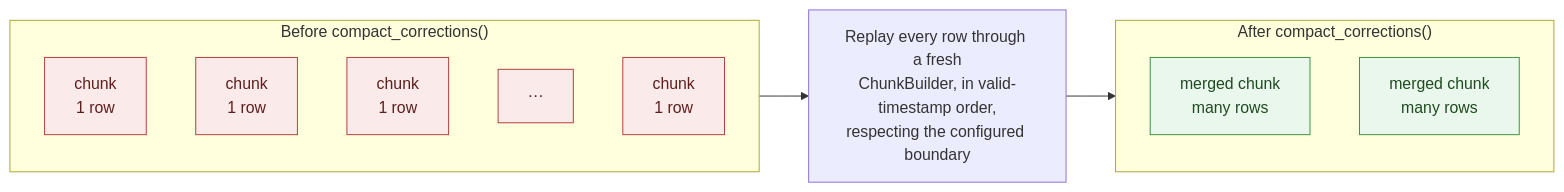
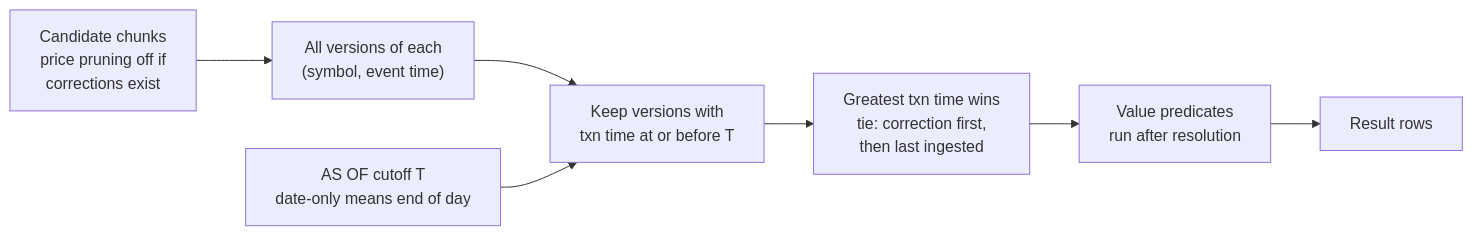
Before and after one commit to Shri2909/PitDB: the diagram in ARCHITECTURE.md, drawn with Mermaid. The commit also changed other lines of this file and 6 other files, not shown here.

First line of the commit message:
docs: rewrite README, ARCHITECTURE and METHODOLOGY for a 60-second skim

````diff
--- a/ARCHITECTURE.md
+++ b/ARCHITECTURE.md
@@ -480,26 +5,12 @@
 ```mermaid
 flowchart LR
-    subgraph Before["Before compact_corrections()"]
-        direction TB
-        c1["chunk<br/>1 row"]
-        c2["chunk<br/>1 row"]
-        c3["chunk<br/>1 row"]
-        c4["···"]
-        c5["chunk<br/>1 row"]
-    end
-
-    Before --> Merge["Replay every row through a fresh<br/>ChunkBuilder, in valid-timestamp order,<br/>respecting the configured boundary"]
-
-    subgraph After["After compact_corrections()"]
-        direction TB
-        m1["merged chunk<br/>many rows"]
-        m2["merged chunk<br/>many rows"]
-    end
-
-    Merge --> After
-
-    classDef small fill:#FBEAEA,stroke:#B3413F,color:#5C1F1D,stroke-width:1px;
-    classDef big fill:#EAF7EC,stroke:#3F9142,color:#1F4B21,stroke-width:1px;
-    class c1,c2,c3,c4,c5 small;
-    class m1,m2 big;
+    Q["AS OF cutoff T<br/>date-only means end of day"]
+    C["Candidate chunks<br/>price pruning off if<br/>corrections exist"]
+    V["All versions of each<br/>(symbol, event time)"]
+    F["Keep versions with<br/>txn time at or before T"]
+    W["Greatest txn time wins<br/>tie: correction first,<br/>then last ingested"]
+    P["Value predicates<br/>run after resolution"]
+    R["Result rows"]
+    C --> V --> F --> W --> P --> R
+    Q --> F
 ```
````
